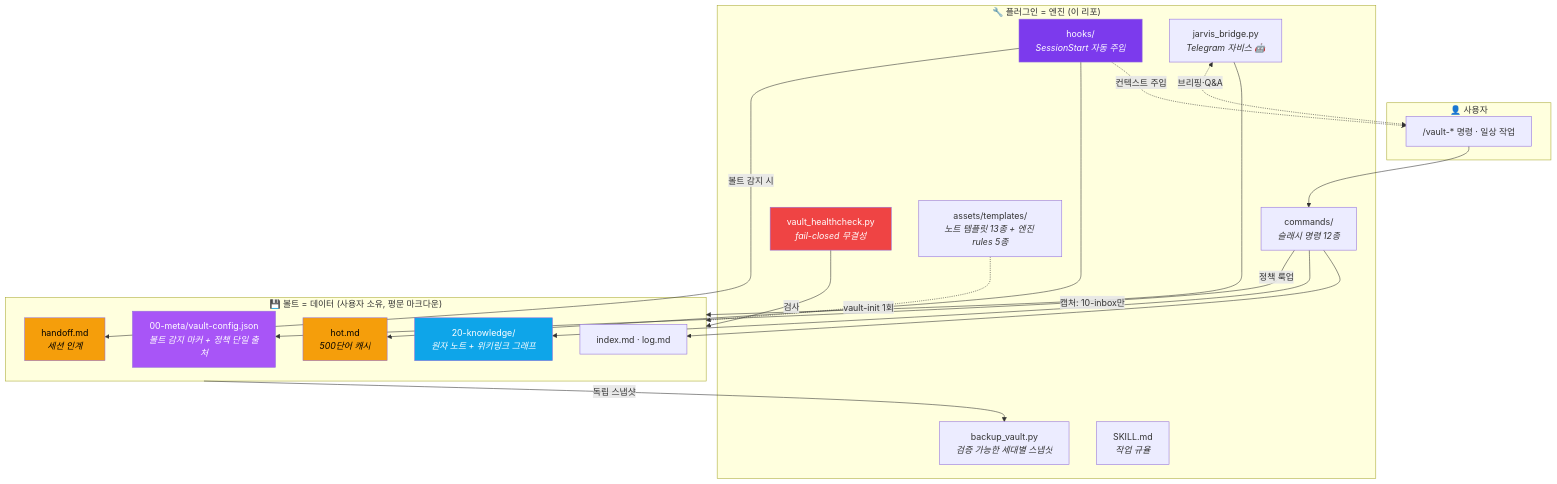
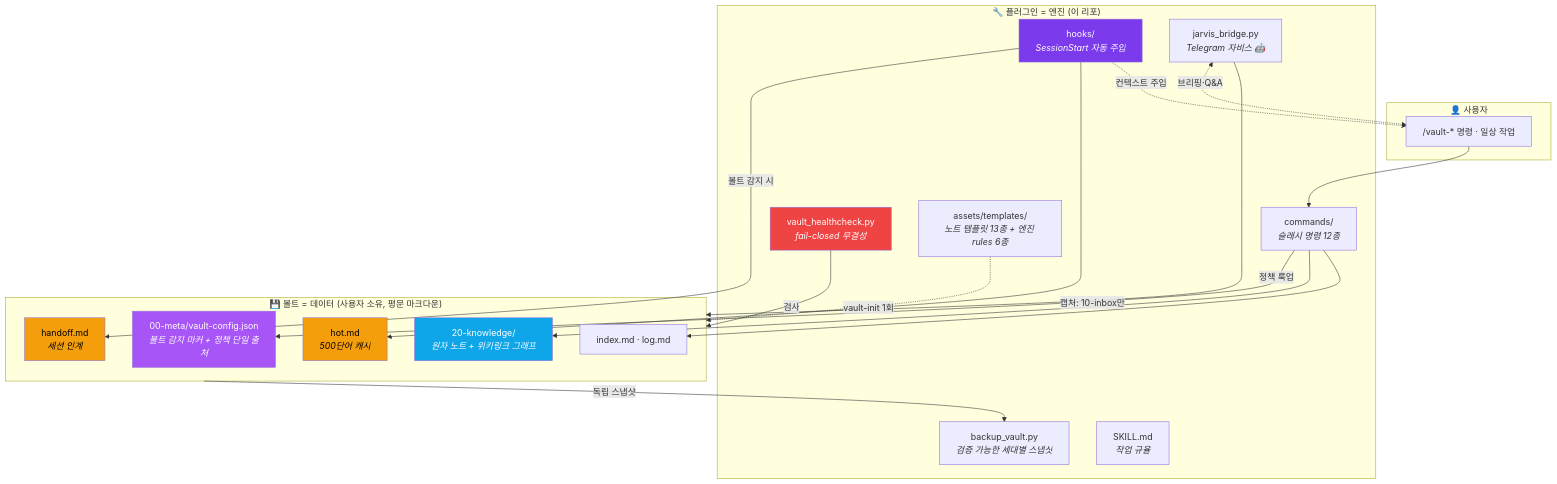
Before and after one commit to Technoetic/agentic-vault: the second of 5 diagrams in README.md, drawn with Mermaid. The commit also changed other lines of this file and 12 other files, not shown here.

````diff
--- a/README.md
+++ b/README.md
@@ -110,44 +115,44 @@
 ```mermaid
 flowchart TB
     subgraph user["👤 사용자"]
         U["/vault-* 명령 · 일상 작업"]
     end
 
     subgraph plugin["🔧 플러그인 = 엔진 (이 리포)"]
         CMD["commands/<br/><i>슬래시 명령 12종</i>"]
         HOOK["hooks/<br/><i>SessionStart 자동 주입</i>"]
         HC["vault_healthcheck.py<br/><i>fail-closed 무결성</i>"]
         BK["backup_vault.py<br/><i>검증 가능한 세대별 스냅샷</i>"]
         JB["jarvis_bridge.py<br/><i>Telegram 자비스 🤖</i>"]
-        TPL["assets/templates/<br/><i>노트 템플릿 13종 + 엔진 rules 5종</i>"]
+        TPL["assets/templates/<br/><i>노트 템플릿 13종 + 엔진 rules 6종</i>"]
         SK["SKILL.md<br/><i>작업 규율</i>"]
     end
 
     subgraph vault["💾 볼트 = 데이터 (사용자 소유, 평문 마크다운)"]
         CFG["00-meta/vault-config.json<br/><i>볼트 감지 마커 + 정책 단일 출처</i>"]
         HOT["hot.md<br/><i>500단어 캐시</i>"]
         HND["handoff.md<br/><i>세션 인계</i>"]
         IDX["index.md · log.md"]
         KNW["20-knowledge/<br/><i>원자 노트 + 위키링크 그래프</i>"]
     end
 
     U --> CMD
     TPL -.vault-init 1회.-> vault
     CMD -->|정책 룩업| CFG
     CMD --> KNW
     CMD --> IDX
     HOOK -->|볼트 감지 시| HND
     HOOK --> HOT
     HOOK -.컨텍스트 주입.-> U
     HC -->|검사| vault
     vault -->|독립 스냅샷| BK
     JB -->|캡처: 10-inbox만| vault
     JB <-.->|브리핑·Q&A| U
 
     style CFG fill:#A855F7,color:#fff
     style HOOK fill:#7C3AED,color:#fff
     style HC fill:#EF4444,color:#fff
     style HOT fill:#F59E0B,color:#000
     style HND fill:#F59E0B,color:#000
     style KNW fill:#0EA5E9,color:#fff
 ```
````
